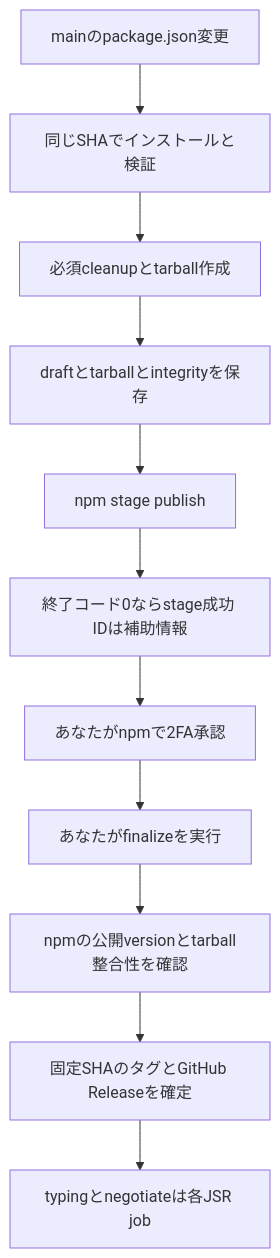
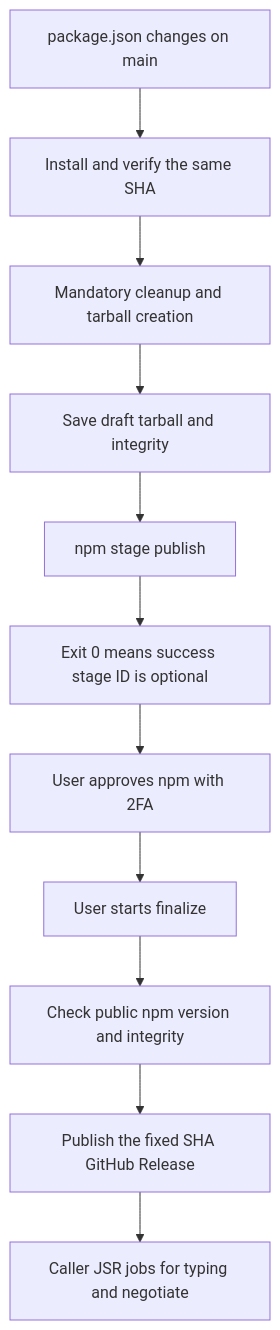
The diagram in docs/tasks/t001-shared-workflows/design.md (nlibjs/actions), drawn with Mermaid before and after one commit. The commit also changed other lines of this file and 5 other files, not shown here.

````diff
--- a/docs/tasks/t001-shared-workflows/design.md
+++ b/docs/tasks/t001-shared-workflows/design.md
@@ -84,13 +84,13 @@
 ```mermaid
 flowchart TD
-  A[mainのpackage.json変更] --> B[同じSHAでインストールと検証]
-  B --> C[必須cleanupとtarball作成]
-  C --> D[draftとtarballとintegrityを保存]
+  A[package.json changes on main] --> B[Install and verify the same SHA]
+  B --> C[Mandatory cleanup and tarball creation]
+  C --> D[Save draft tarball and integrity]
   D --> E[npm stage publish]
-  E --> F[終了コード0ならstage成功 IDは補助情報]
-  F --> G[あなたがnpmで2FA承認]
-  G --> H[あなたがfinalizeを実行]
-  H --> I[npmの公開versionとtarball整合性を確認]
-  I --> J[固定SHAのタグとGitHub Releaseを確定]
-  J --> K[typingとnegotiateは各JSR job]
+  E --> F[Exit 0 means success stage ID is optional]
+  F --> G[User approves npm with 2FA]
+  G --> H[User starts finalize]
+  H --> I[Check public npm version and integrity]
+  I --> J[Publish the fixed SHA GitHub Release]
+  J --> K[Caller JSR jobs for typing and negotiate]
 ```
````
